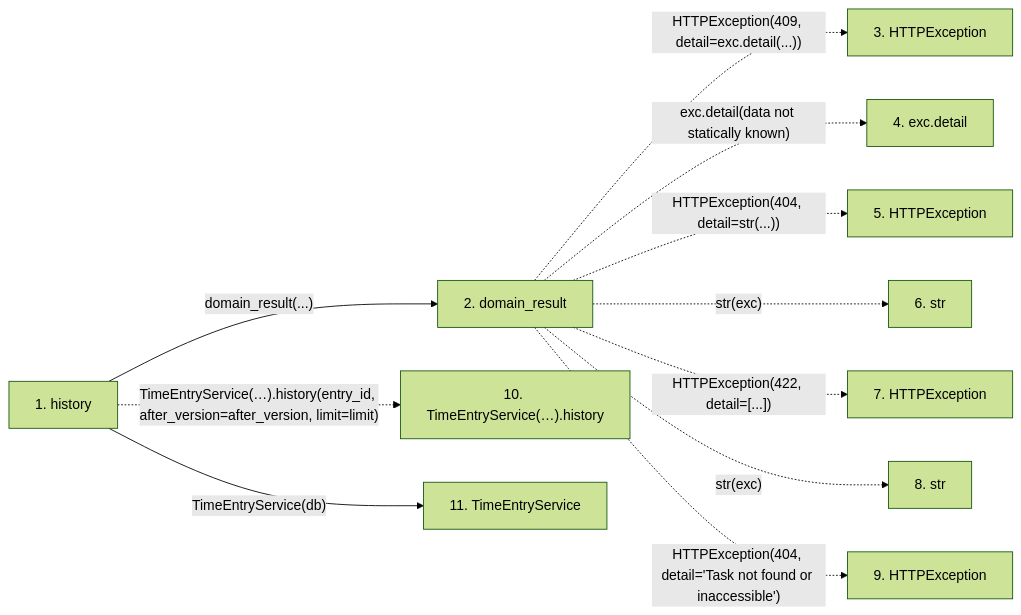
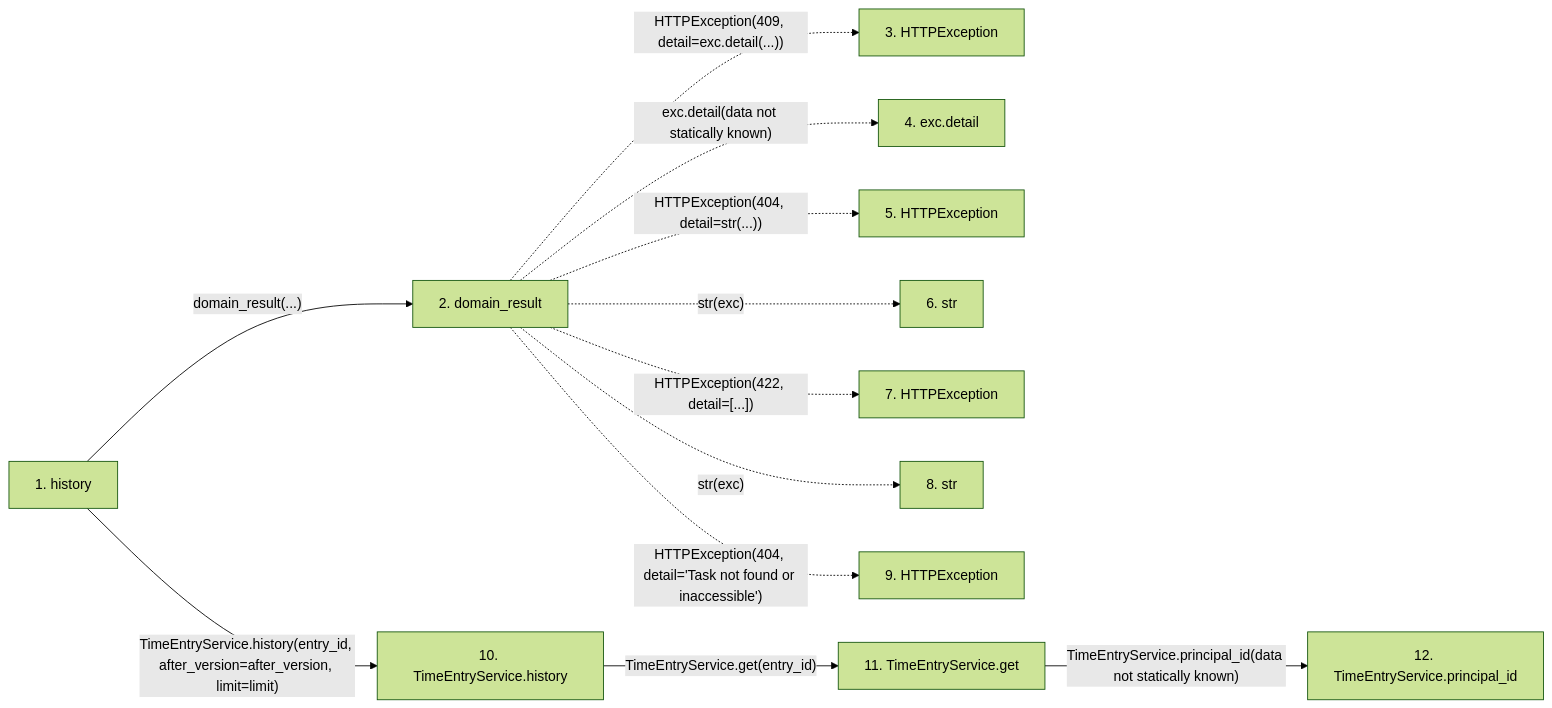
Before and after one commit to Denissvgn/WorkChord: the second of 2 diagrams in docs/llm_wiki/flows/http-history.md, drawn with Mermaid (forest theme). The commit also changed other lines of this file and 25171 other files, not shown here.

````diff
--- a/docs/llm_wiki/flows/http-history.md
+++ b/docs/llm_wiki/flows/http-history.md
@@ -34,27 +130,31 @@
 ```mermaid
 flowchart LR
     s1["1. history"]
     s2["2. domain_result"]
     s3["3. HTTPException"]
     s4["4. exc.detail"]
     s5["5. HTTPException"]
     s6["6. str"]
     s7["7. HTTPException"]
     s8["8. str"]
     s9["9. HTTPException"]
-    s10["10. TimeEntryService(…).history"]
-    s11["11. TimeEntryService"]
+    s10["10. TimeEntryService.history"]
+    s11["11. TimeEntryService.get"]
+    s12["12. TimeEntryService.principal_id"]
     s1 -->|"domain_result(...)"| s2
     s2 -. "HTTPException(409, detail=exc.detail(...))" .-> s3
     s2 -. "exc.detail(data not statically known)" .-> s4
     s2 -. "HTTPException(404, detail=str(...))" .-> s5
     s2 -. "str(exc)" .-> s6
     s2 -. "HTTPException(422, detail=[...])" .-> s7
     s2 -. "str(exc)" .-> s8
     s2 -. "HTTPException(404, detail='Task not found or inaccessible')" .-> s9
-    s1 -. "TimeEntryService(…).history(entry_id, after_version=after_version, limit=limit)" .-> s10
-    s1 -->|"TimeEntryService(db)"| s11
+    s1 -->|"TimeEntryService.history(entry_id, after_version=after_version, limit=limit)"| s10
+    s10 -->|"TimeEntryService.get(entry_id)"| s11
+    s11 -->|"TimeEntryService.principal_id(data not statically known)"| s12
     click s1 "../modules/time_entries.md"
     click s2 "../modules/routers_task_domain.md"
+    click s10 "../modules/time_entry_service.md"
     click s11 "../modules/time_entry_service.md"
+    click s12 "../modules/time_entry_service.md"
 ```
````
